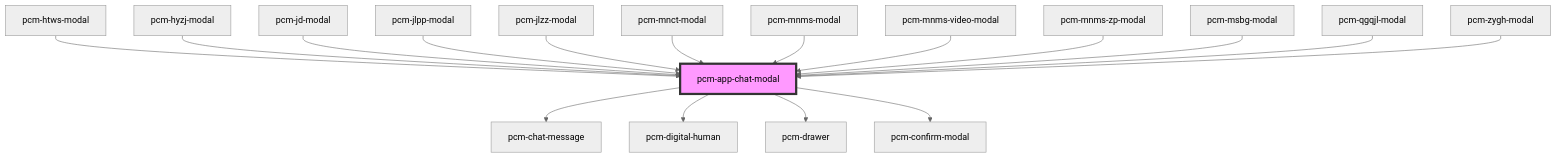
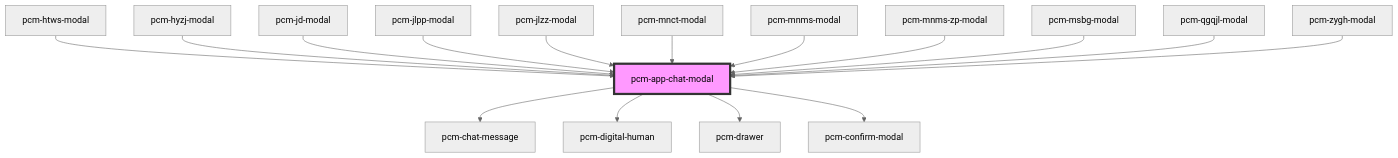
One commit to Pincaimao/pcm-agents-sdk changed the diagram in packages/pcm-agents/docs/components/pcm-app-chat-modal/readme.md. Above: the diagram before and after it, drawn with Mermaid (neutral theme). The commit also changed other lines of this file and 8 other files, not shown here.

````diff
--- a/packages/pcm-agents/docs/components/pcm-app-chat-modal/readme.md
+++ b/packages/pcm-agents/docs/components/pcm-app-chat-modal/readme.md
@@ -75,20 +74,19 @@
 ```mermaid
 graph TD;
   pcm-app-chat-modal --> pcm-chat-message
   pcm-app-chat-modal --> pcm-digital-human
   pcm-app-chat-modal --> pcm-drawer
   pcm-app-chat-modal --> pcm-confirm-modal
   pcm-htws-modal --> pcm-app-chat-modal
   pcm-hyzj-modal --> pcm-app-chat-modal
   pcm-jd-modal --> pcm-app-chat-modal
   pcm-jlpp-modal --> pcm-app-chat-modal
   pcm-jlzz-modal --> pcm-app-chat-modal
   pcm-mnct-modal --> pcm-app-chat-modal
   pcm-mnms-modal --> pcm-app-chat-modal
-  pcm-mnms-video-modal --> pcm-app-chat-modal
   pcm-mnms-zp-modal --> pcm-app-chat-modal
   pcm-msbg-modal --> pcm-app-chat-modal
   pcm-qgqjl-modal --> pcm-app-chat-modal
   pcm-zygh-modal --> pcm-app-chat-modal
   style pcm-app-chat-modal fill:#f9f,stroke:#333,stroke-width:4px
 ```
````
